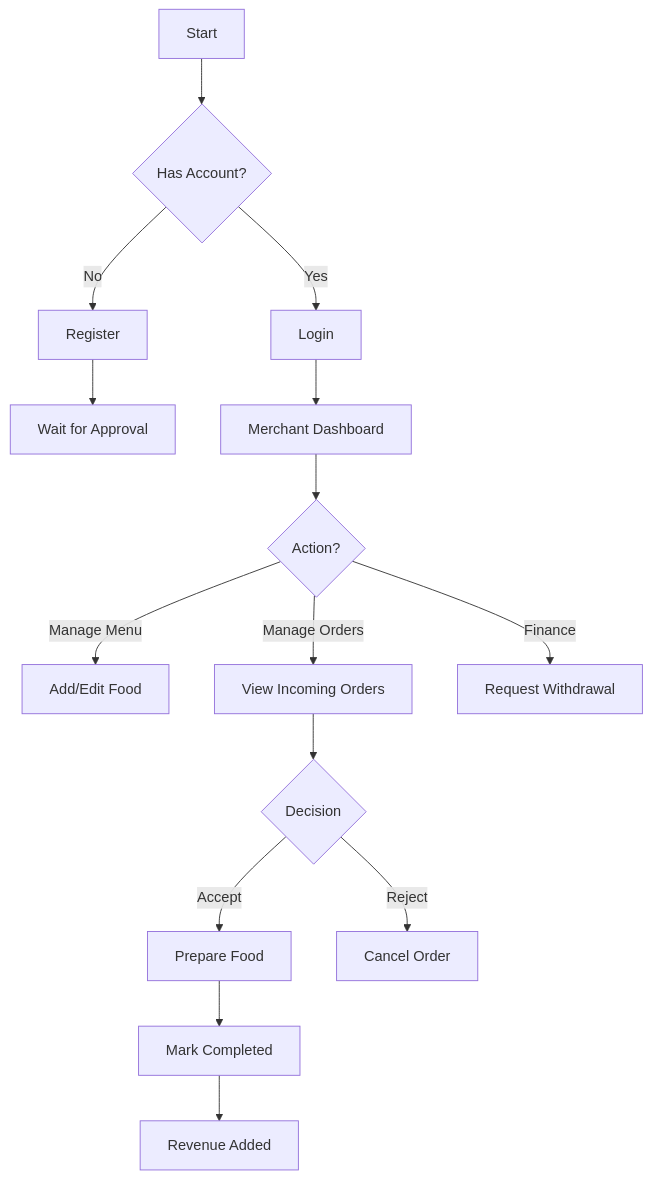
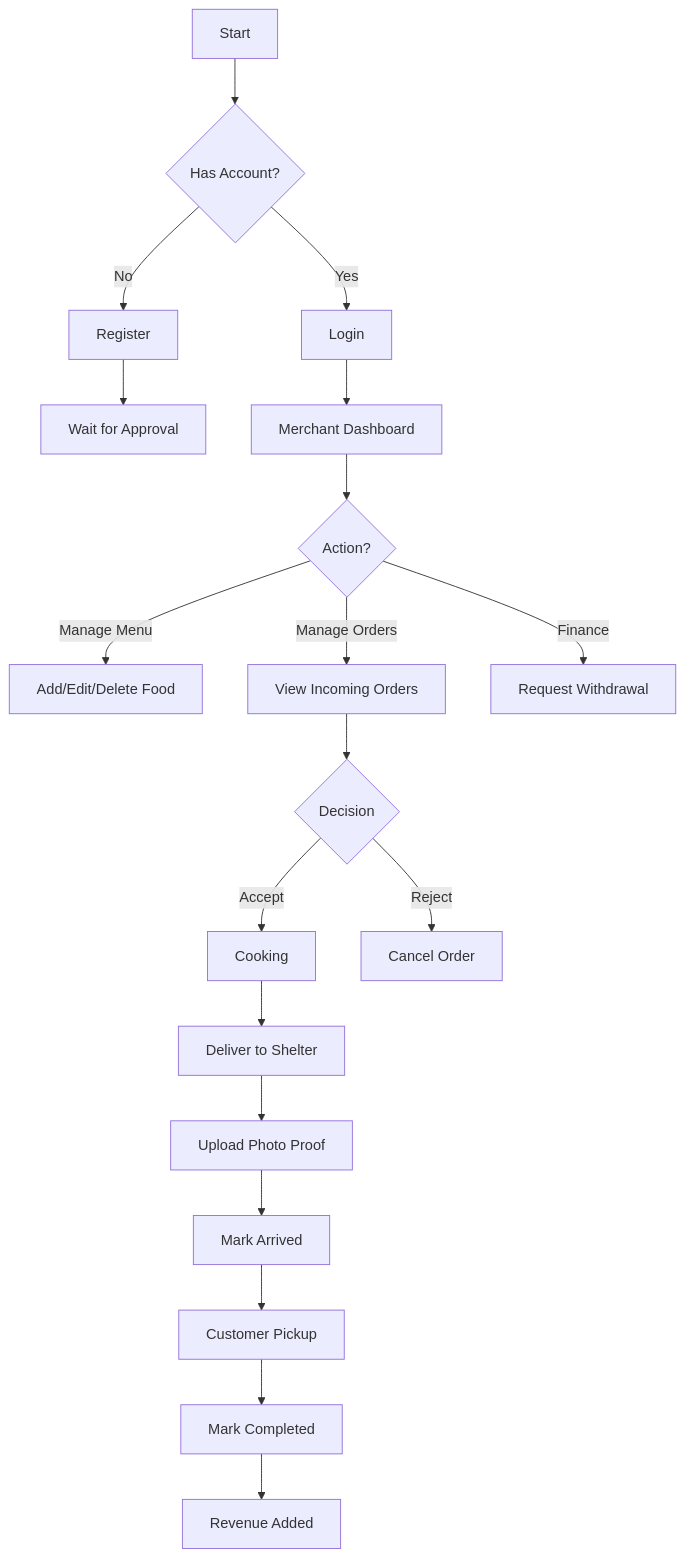
One commit to cdesqus/food-orde-app changed the second of 3 diagrams in DOCUMENTATION.md. Above: the diagram before and after it, drawn with Mermaid. The commit also changed other lines of this file and 14 other files, not shown here.

````diff
--- a/DOCUMENTATION.md
+++ b/DOCUMENTATION.md
@@ -77,17 +133,21 @@
 ```mermaid
 graph TD
     A[Start] --> B{Has Account?}
     B -- No --> C[Register]
     B -- Yes --> D[Login]
     C --> E[Wait for Approval]
     D --> F[Merchant Dashboard]
     F --> G{Action?}
-    G -- Manage Menu --> H[Add/Edit Food]
+    G -- Manage Menu --> H[Add/Edit/Delete Food]
     G -- Manage Orders --> I[View Incoming Orders]
     I --> J{Decision}
-    J -- Accept --> K[Prepare Food]
+    J -- Accept --> K[Cooking]
     J -- Reject --> L[Cancel Order]
-    K --> M[Mark Completed]
-    M --> N[Revenue Added]
-    G -- Finance --> O[Request Withdrawal]
+    K --> M[Deliver to Shelter]
+    M --> N[Upload Photo Proof]
+    N --> O[Mark Arrived]
+    O --> P[Customer Pickup]
+    P --> Q[Mark Completed]
+    Q --> R[Revenue Added]
+    G -- Finance --> S[Request Withdrawal]
 ```
````
